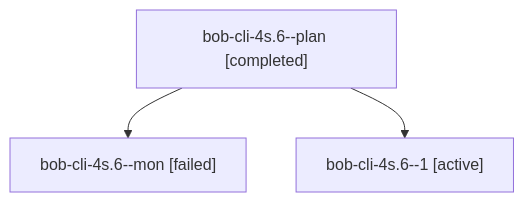
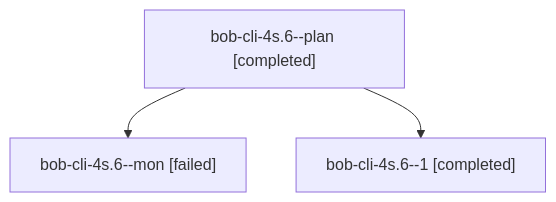
The diagram in sessions/bbugyi200.athena.bob-cli-4s.6.md (bobs-org/bob-cli--agents), drawn with Mermaid before and after one commit. The commit also changed other lines of this file and 38 other files, not shown here.

````diff
--- a/sessions/bbugyi200.athena.bob-cli-4s.6.md
+++ b/sessions/bbugyi200.athena.bob-cli-4s.6.md
@@ -9,8 +9,8 @@
 ```mermaid
 flowchart TD
   n0["bob-cli-4s.6--plan [completed]"]
   n1["bob-cli-4s.6--mon [failed]"]
   n0 --> n1
-  n2["bob-cli-4s.6--1 [active]"]
+  n2["bob-cli-4s.6--1 [completed]"]
   n0 --> n2
 ```
````
